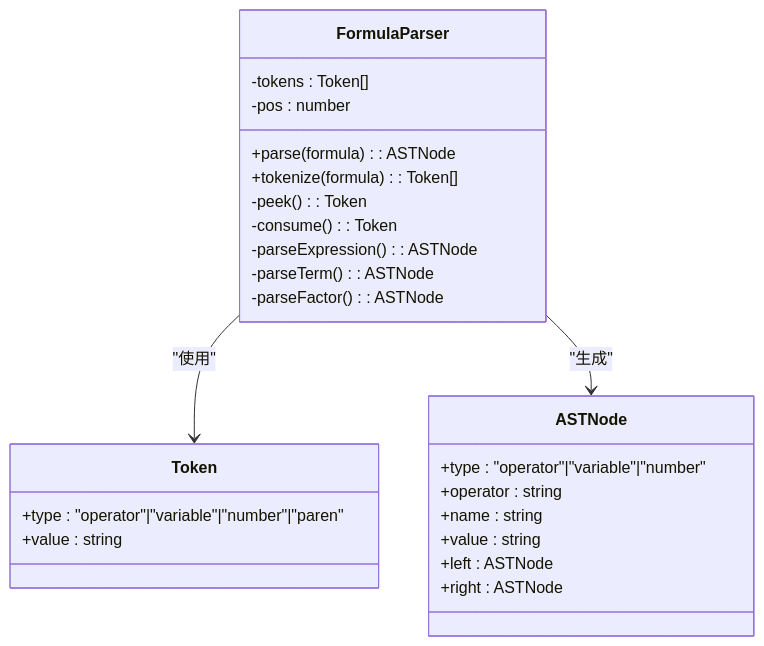
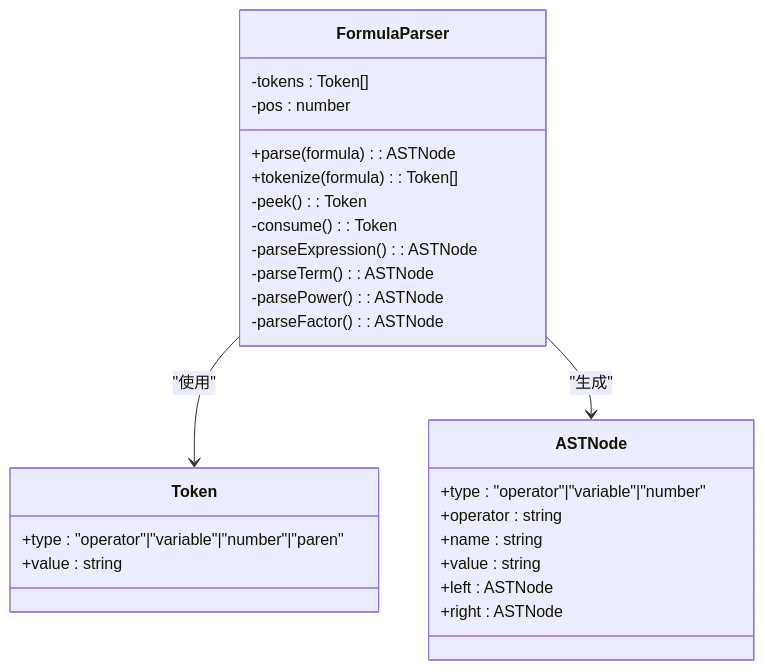
The fourth of 7 diagrams in .qoder/repowiki/zh/content/用户指南/可视化展示/公式渲染.md (steveyu2/formula-mapper), drawn with Mermaid before and after one commit. The commit also changed other lines of this file and 4 other files, not shown here.

````diff
--- a/.qoder/repowiki/zh/content/用户指南/可视化展示/公式渲染.md
+++ b/.qoder/repowiki/zh/content/用户指南/可视化展示/公式渲染.md
@@ -180,28 +197,29 @@
 ```mermaid
 classDiagram
 class FormulaParser {
 -tokens : Token[]
 -pos : number
 +parse(formula) : ASTNode
 +tokenize(formula) : Token[]
 -peek() : Token
 -consume() : Token
 -parseExpression() : ASTNode
 -parseTerm() : ASTNode
+-parsePower() : ASTNode
 -parseFactor() : ASTNode
 }
 class Token {
 +type : "operator"|"variable"|"number"|"paren"
 +value : string
 }
 class ASTNode {
 +type : "operator"|"variable"|"number"
 +operator : string
 +name : string
 +value : string
 +left : ASTNode
 +right : ASTNode
 }
 FormulaParser --> Token : "使用"
 FormulaParser --> ASTNode : "生成"
 ```
````
